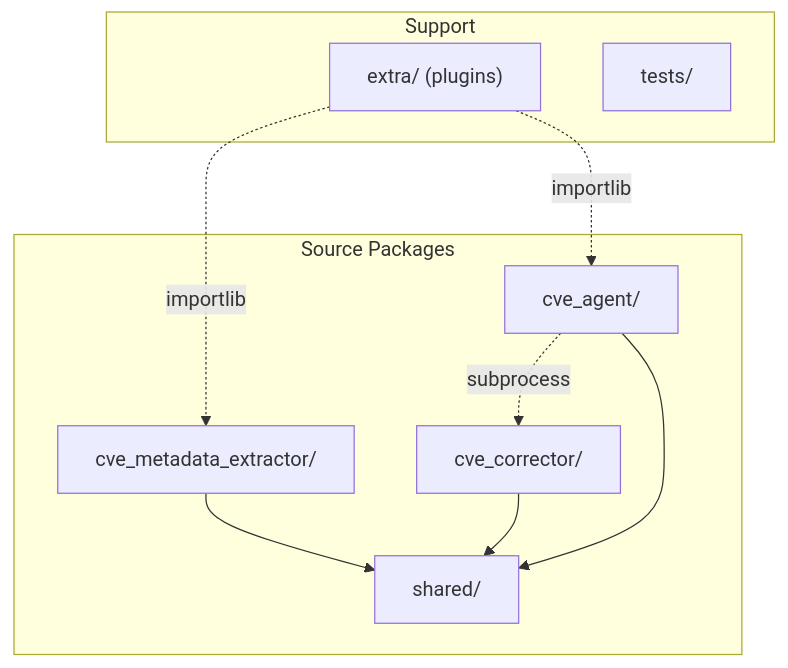
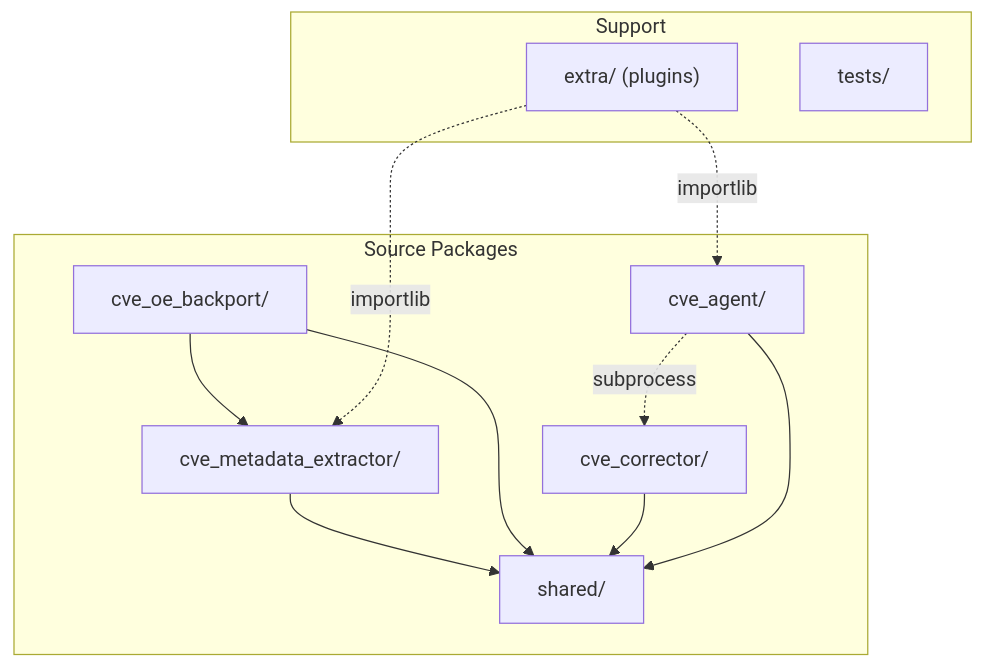
One commit to Ericsson/yocto-security-tools changed the diagram in .agents/summary/codebase_info.md. Above: the diagram before and after it, drawn with Mermaid. The commit also changed other lines of this file and 8 other files, not shown here.

First line of the commit message:
docs: document cve-oe-backport and shared.patch

````diff
--- a/.agents/summary/codebase_info.md
+++ b/.agents/summary/codebase_info.md
@@ -18,19 +18,22 @@
 ```mermaid
 graph TB
     subgraph "Source Packages"
         shared["shared/"]
         extractor["cve_metadata_extractor/"]
+        backport["cve_oe_backport/"]
         corrector["cve_corrector/"]
         agent["cve_agent/"]
     end
     subgraph "Support"
         extra["extra/ (plugins)"]
         tests["tests/"]
     end
     extractor --> shared
+    backport --> extractor
+    backport --> shared
     corrector --> shared
     agent --> shared
     agent -.->|subprocess| corrector
     extra -.->|importlib| extractor
     extra -.->|importlib| agent
 ```
````
